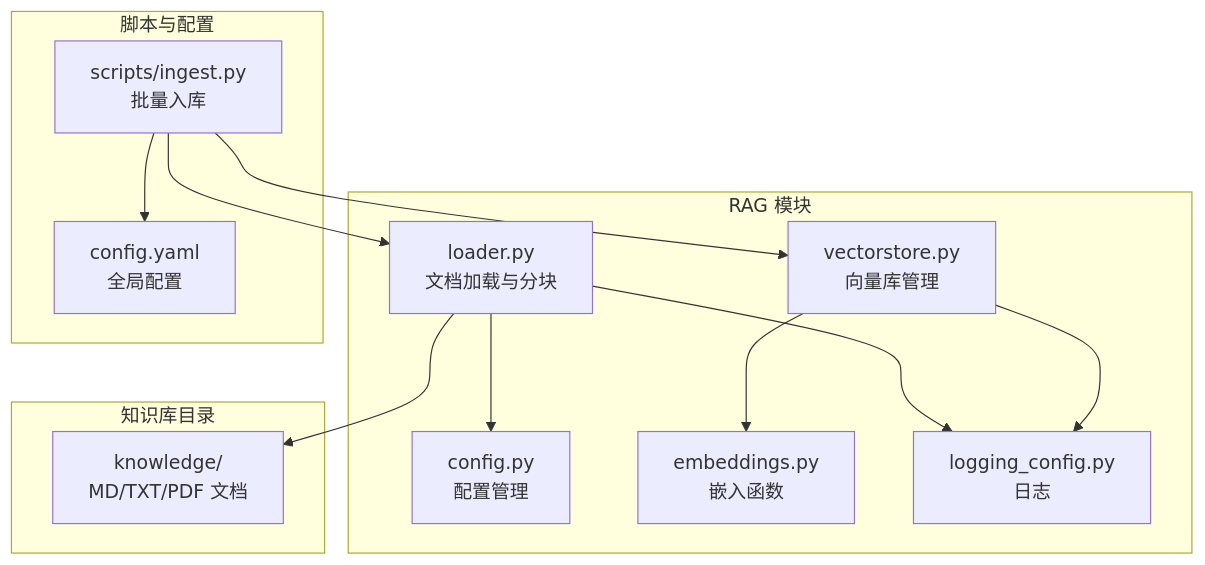
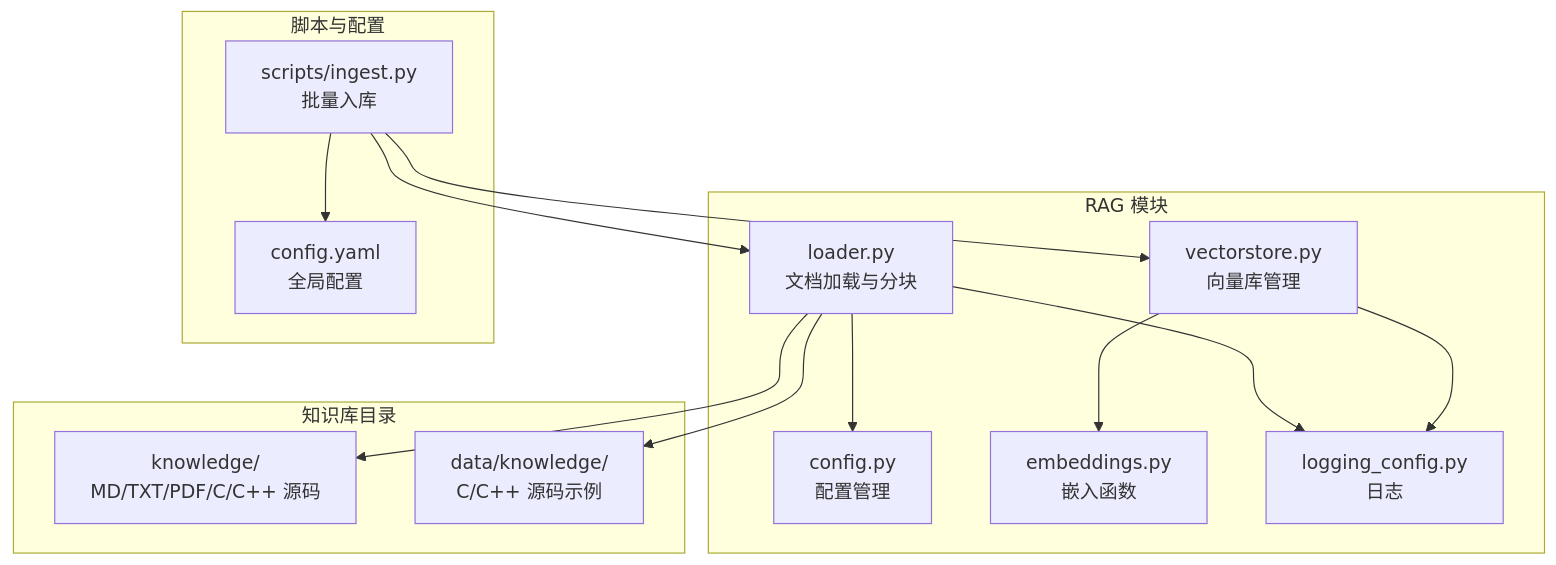
Before and after one commit to joyafa/knowledge: the first of 6 diagrams in .qoder/repowiki/zh/content/RAG核心引擎/文档加载器.md, drawn with Mermaid. The commit also changed other lines of this file and 16 other files, not shown here.

````diff
--- a/.qoder/repowiki/zh/content/RAG核心引擎/文档加载器.md
+++ b/.qoder/repowiki/zh/content/RAG核心引擎/文档加载器.md
@@ -44,25 +49,27 @@
 ```mermaid
 graph TB
 subgraph "RAG 模块"
 L["loader.py<br/>文档加载与分块"]
 C["config.py<br/>配置管理"]
 V["vectorstore.py<br/>向量库管理"]
 E["embeddings.py<br/>嵌入函数"]
 LOG["logging_config.py<br/>日志"]
 end
 subgraph "脚本与配置"
 ING["scripts/ingest.py<br/>批量入库"]
 CFG["config.yaml<br/>全局配置"]
 end
 subgraph "知识库目录"
-K["knowledge/<br/>MD/TXT/PDF 文档"]
+K["knowledge/<br/>MD/TXT/PDF/C/C++ 源码"]
+DATA["data/knowledge/<br/>C/C++ 源码示例"]
 end
 ING --> L
 ING --> V
 L --> C
 V --> E
 L --> LOG
 V --> LOG
 ING --> CFG
 L --> K
+L --> DATA
 ```
````
